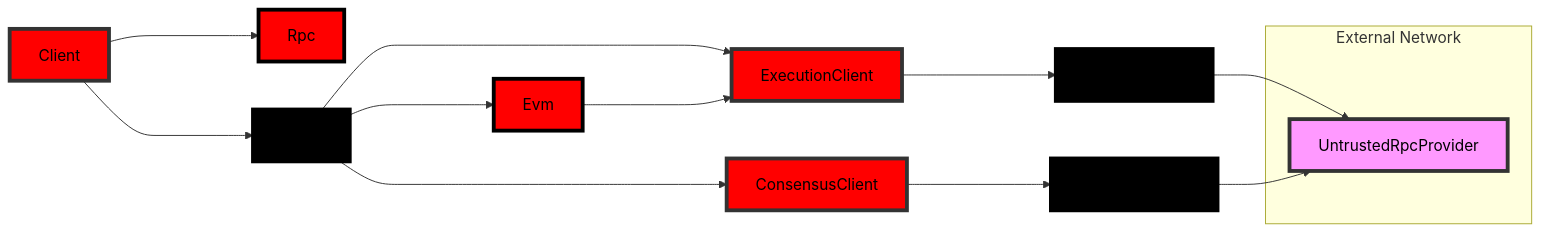
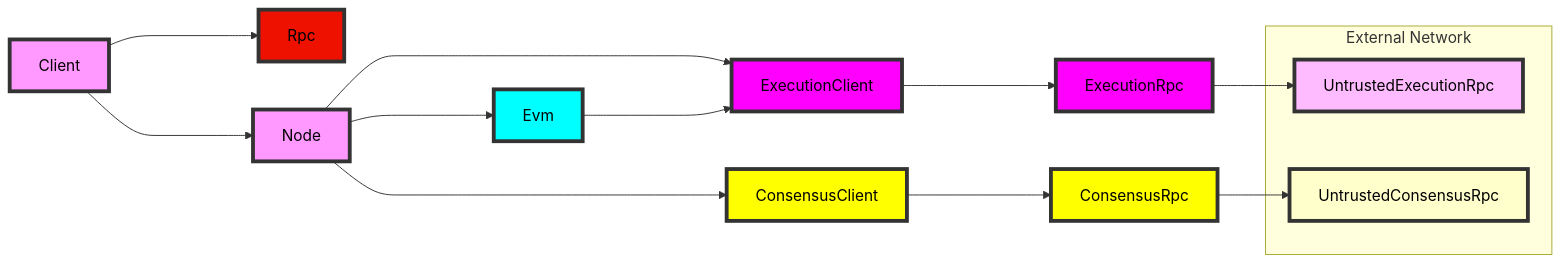
Before and after one commit to a16z/helios: the diagram in README.md, drawn with Mermaid.

Commit message:
removing uncessary styling and adding untrustedexecutionrpc and untrustedconsensusrpc

````diff
--- a/README.md
+++ b/README.md
@@ -150,43 +150,35 @@
 ```mermaid
 graph LR
 
 Client ----> Rpc
 Client ----> Node
 Node ----> ConsensusClient
 Node ----> ExecutionClient
 ExecutionClient ----> ExecutionRpc
 ConsensusClient ----> ConsensusRpc
 Node ----> Evm
 Evm ----> ExecutionClient
+ExecutionRpc --> UntrustedExecutionRpc
+ConsensusRpc --> UntrustedConsensusRpc
 
 classDef node fill:#f9f,stroke:#333,stroke-width:4px, color:black;
 class Node,Client node
 classDef execution fill:#f0f,stroke:#333,stroke-width:4px;
 class ExecutionClient,ExecutionRpc execution
 classDef consensus fill:#ff0,stroke:#333,stroke-width:4px;
 class ConsensusClient,ConsensusRpc consensus
 classDef evm fill:#0ff,stroke:#333,stroke-width:4px;
 class Evm evm
-classDef provider fill:#012
-class UntrustedRpcProvider, provider
+classDef providerC fill:#ffc
+class UntrustedConsensusRpc providerC
+classDef providerE fill:#fbf
+class UntrustedExecutionRpc providerE
 classDef rpc fill:#e10
 class Rpc rpc
 
 
 subgraph "External Network"
-UntrustedRpcProvider
+UntrustedExecutionRpc
+UntrustedConsensusRpc
 end
-
-
-ExecutionRpc --> UntrustedRpcProvider
-ConsensusRpc --> UntrustedRpcProvider
-
-style Client fill:#f00,stroke:#333,stroke-width:4px;
-style Node fill:#000,stroke:#000,stroke-width:4px;
-style ExecutionClient fill:#f00,stroke:#333,stroke-width:4px;
-style ExecutionRpc fill:#000,stroke:#000,stroke-width:4px;
-style ConsensusClient fill:#f00,stroke:#333,stroke-width:4px;
-style ConsensusRpc fill:#000,stroke:#000,stroke-width:4px;
-style Evm fill:#f00,stroke:#000,stroke-width:4px;
-style Rpc fill:#f00,stroke:#000,stroke-width:4px;
 ```
````
